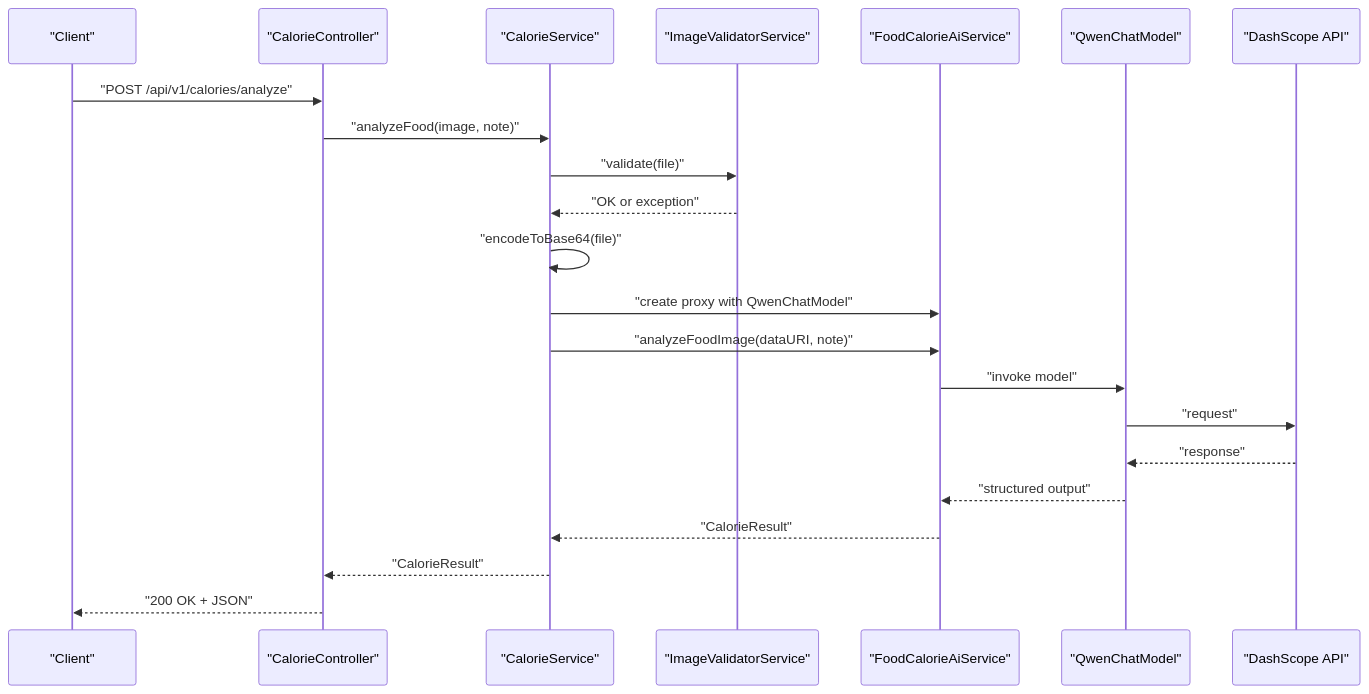
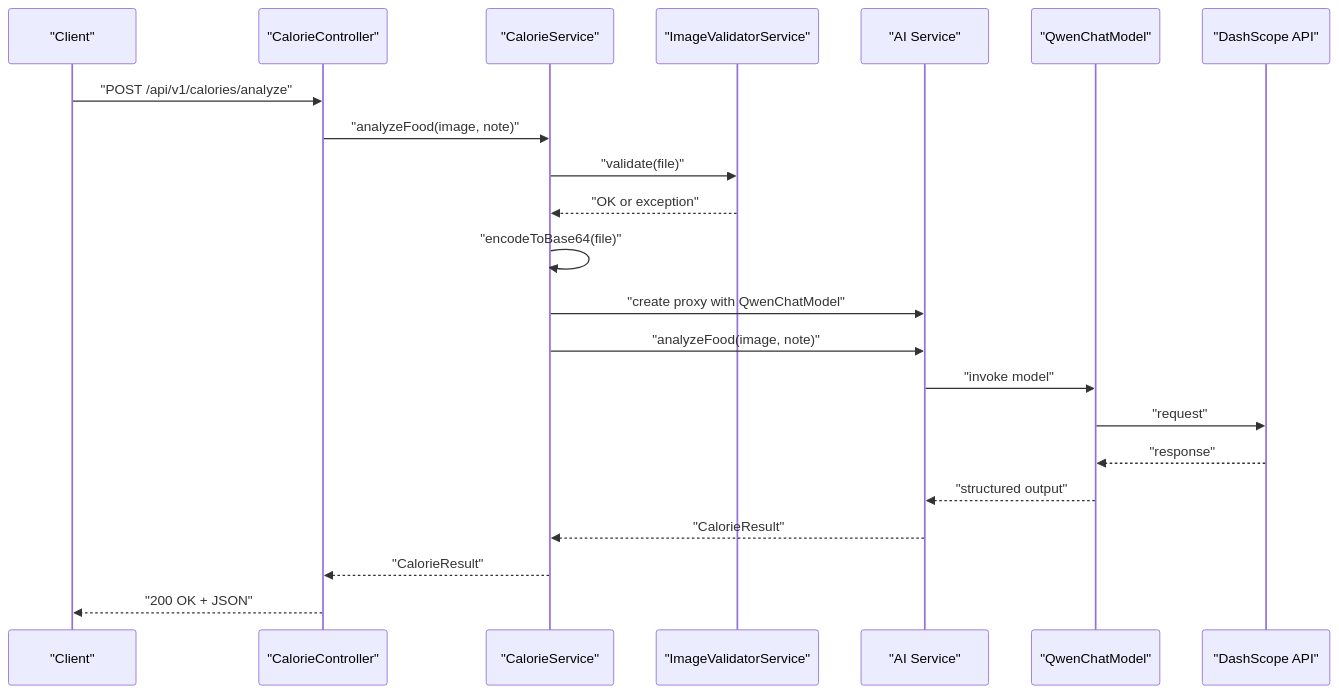
One commit to Meng-hh/heat_calculate changed the third of 11 diagrams in .qoder/repowiki/en/content/Business Logic Architecture.md. Above: the diagram before and after it, drawn with Mermaid. The commit also changed other lines of this file and 25 other files, not shown here.

````diff
--- a/.qoder/repowiki/en/content/Business Logic Architecture.md
+++ b/.qoder/repowiki/en/content/Business Logic Architecture.md
@@ -163,24 +210,24 @@
 ```mermaid
 sequenceDiagram
 participant C as "Client"
 participant Ctrl as "CalorieController"
 participant Svc as "CalorieService"
 participant Val as "ImageValidatorService"
-participant AIS as "FoodCalorieAiService"
+participant AIS as "AI Service"
 participant LC as "QwenChatModel"
 participant DS as "DashScope API"
 C->>Ctrl : "POST /api/v1/calories/analyze"
 Ctrl->>Svc : "analyzeFood(image, note)"
 Svc->>Val : "validate(file)"
 Val-->>Svc : "OK or exception"
 Svc->>Svc : "encodeToBase64(file)"
 Svc->>AIS : "create proxy with QwenChatModel"
-Svc->>AIS : "analyzeFoodImage(dataURI, note)"
+Svc->>AIS : "analyzeFood(image, note)"
 AIS->>LC : "invoke model"
 LC->>DS : "request"
 DS-->>LC : "response"
 LC-->>AIS : "structured output"
 AIS-->>Svc : "CalorieResult"
 Svc-->>Ctrl : "CalorieResult"
 Ctrl-->>C : "200 OK + JSON"
 ```
````
